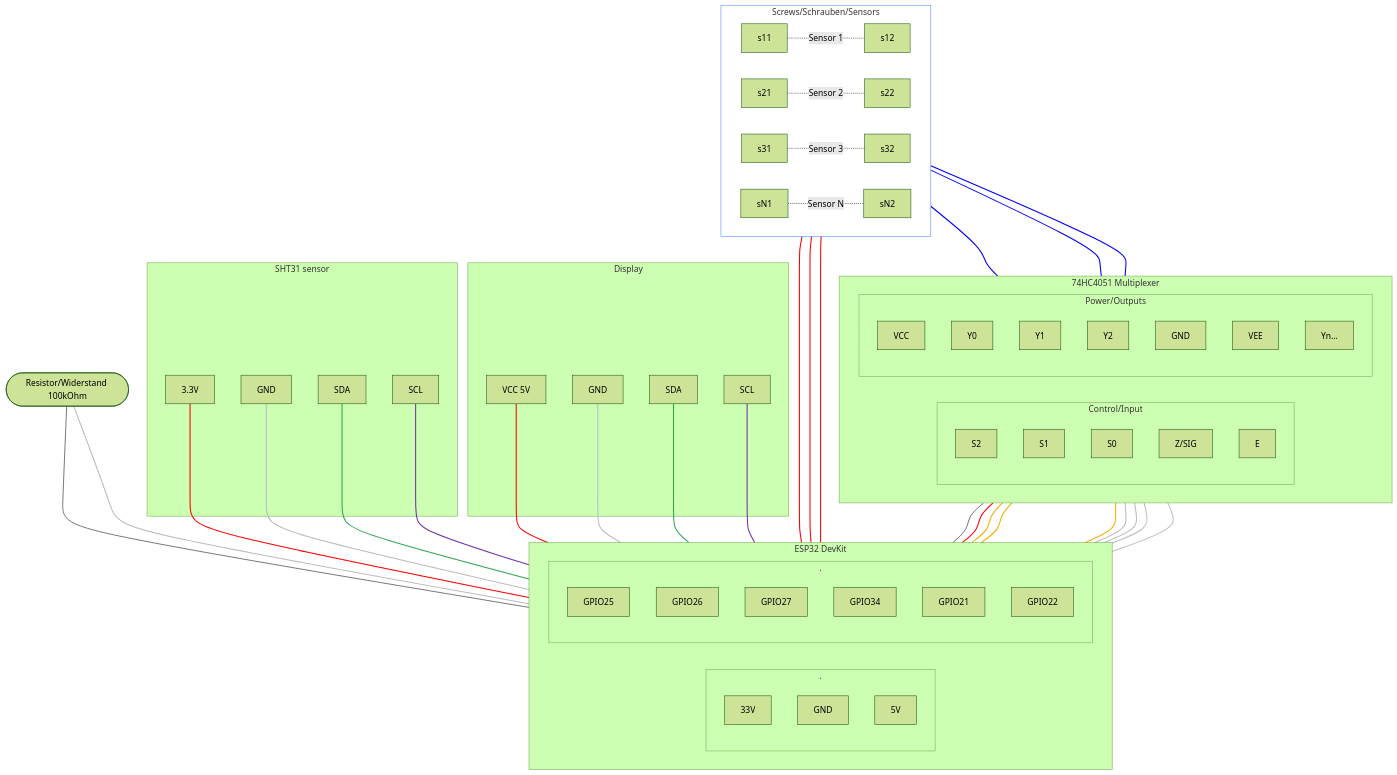
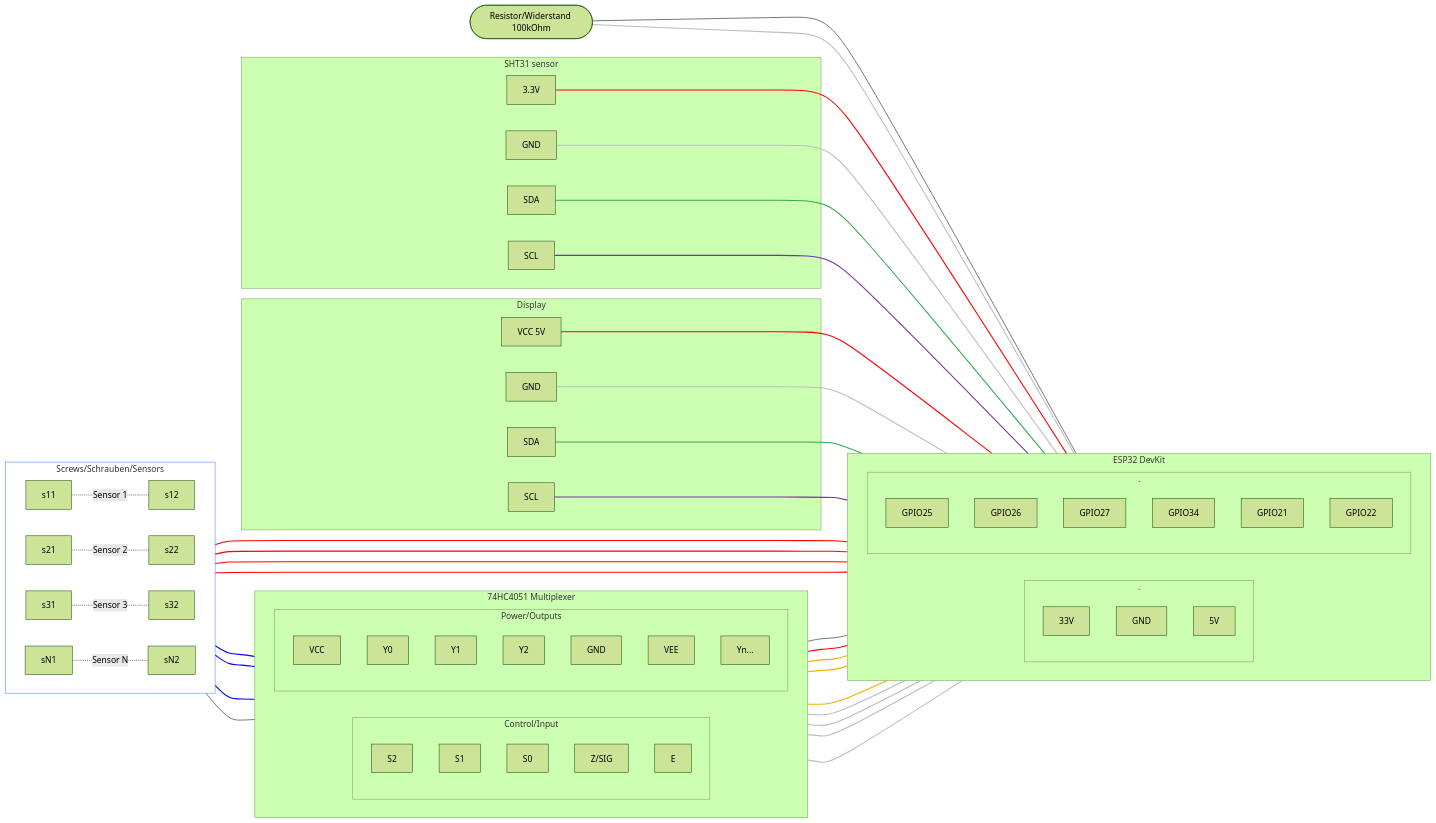
One commit to Simoliv/esp32-hygrometer changed the diagram in README.md. Above: the diagram before and after it, drawn with Mermaid (forest theme).

Commit message:
improve diadgram

```diff
--- a/README.md
+++ b/README.md
@@ -66,7 +66,7 @@
     curve: basis
 ---
 
-flowchart TB
+flowchart LR
   33V --- MPIN16
 
   GPIO25 --- MPIN11
@@ -103,6 +103,10 @@
   DI-GND --- GND
   DI-SDA --- GPIO21
   DI-SCL --- GPIO22
+
+  %% link 25
+  sN1 --- 33V
+  sN2 --- MYN
 
   subgraph esp32 [ESP32 DevKit]
     direction LR
@@ -168,7 +172,7 @@
     sN1 -. Sensor N .- sN2
   end
 
-  linkStyle 0,7,9,11,17,21 stroke:#FF0000,stroke-width:2px;
+  linkStyle 0,7,9,11,17,21,25 stroke:#FF0000,stroke-width:2px;
   linkStyle 8,10,12 stroke:#00F,stroke-width:2px;
   linkStyle 6,13,14,15,16,18,22 stroke:#b9bec0,stroke-width:2px;
   linkStyle 1,2,3 stroke:#f7ad00,stroke-width:2px;
```
